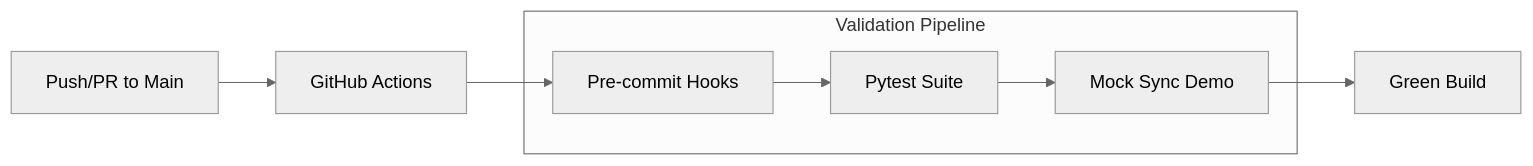
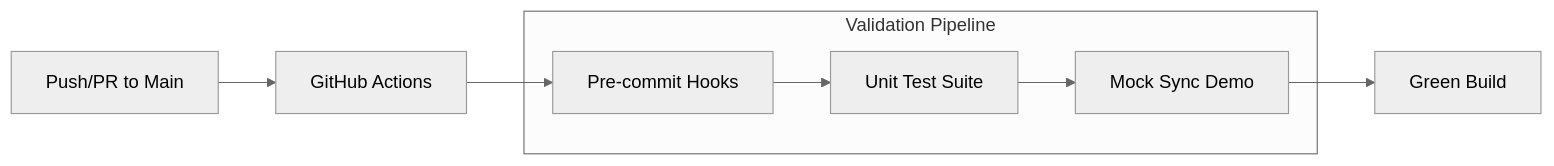
The fourth of 4 diagrams in README.md (surya-edict/MultiCloud-Watchtower), drawn with Mermaid (neutral theme) before and after one commit. The commit also changed other lines of this file and 3 other files, not shown here.

````diff
--- a/README.md
+++ b/README.md
@@ -231,13 +243,13 @@
 ```mermaid
 graph LR
     CODE[Push/PR to Main] --> GHA[GitHub Actions]
     subgraph "Validation Pipeline"
         LINT[Pre-commit Hooks]
-        TEST[Pytest Suite]
+        TEST[Unit Test Suite]
         MOCK[Mock Sync Demo]
     end
     GHA --> LINT
     LINT --> TEST
     TEST --> MOCK
     MOCK --> PASS[Green Build]
 ```
````
